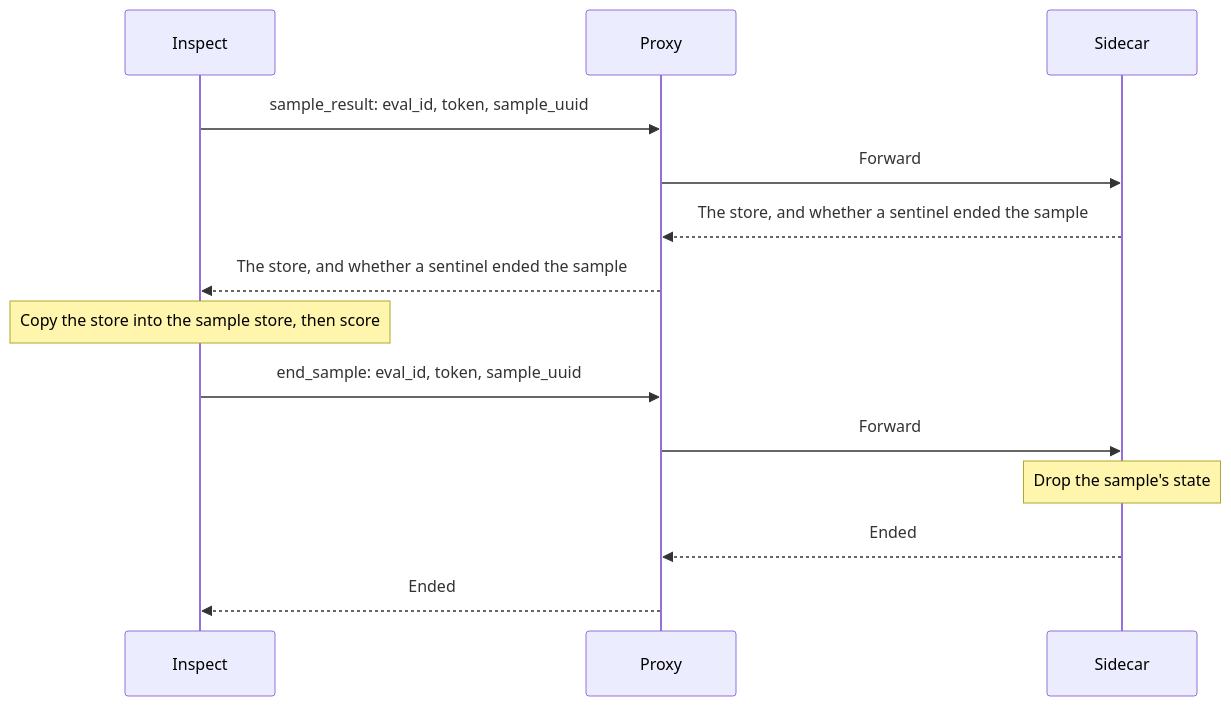
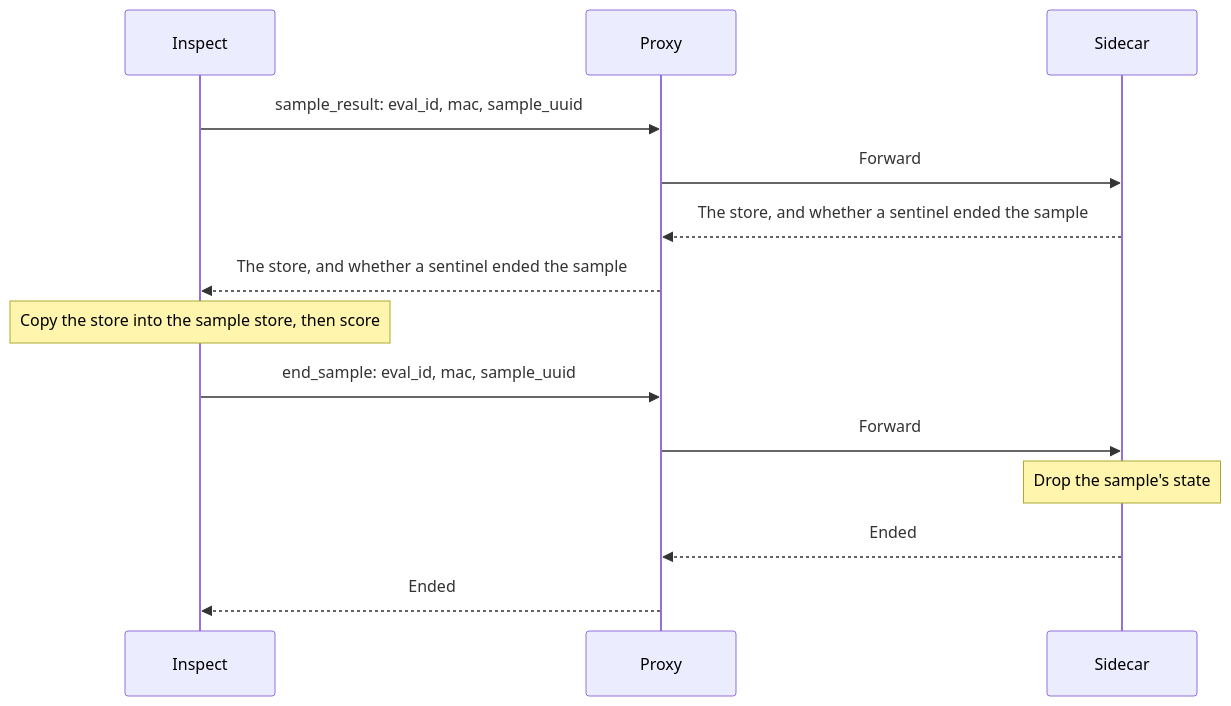
The seventh of 9 diagrams in design/sidecar.md (meridianlabs-ai/inspect_sentinel), drawn with Mermaid before and after one commit. The commit also changed other lines of this file and 25 other files, not shown here.

````diff
--- a/design/sidecar.md
+++ b/design/sidecar.md
@@ -1135,16 +1178,16 @@
 ```mermaid
 sequenceDiagram
     participant I as Inspect
     participant P as Proxy
     participant S as Sidecar
-    I->>P: sample_result: eval_id, token, sample_uuid
+    I->>P: sample_result: eval_id, mac, sample_uuid
     P->>S: Forward
     S-->>P: The store, and whether a sentinel ended the sample
     P-->>I: The store, and whether a sentinel ended the sample
     Note over I: Copy the store into the sample store, then score
-    I->>P: end_sample: eval_id, token, sample_uuid
+    I->>P: end_sample: eval_id, mac, sample_uuid
     P->>S: Forward
     Note over S: Drop the sample's state
     S-->>P: Ended
     P-->>I: Ended
 ```
````
